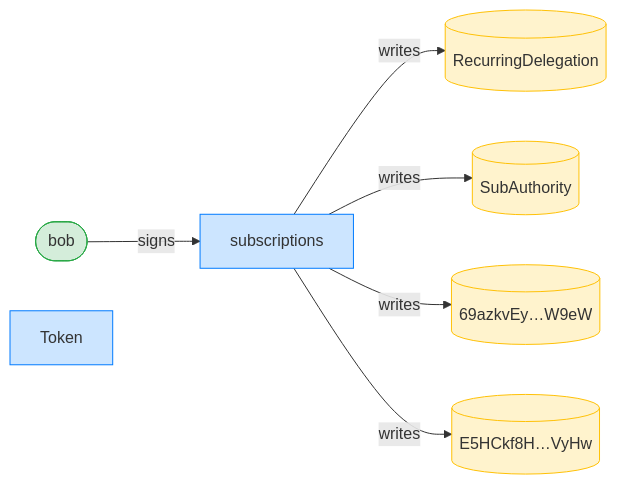
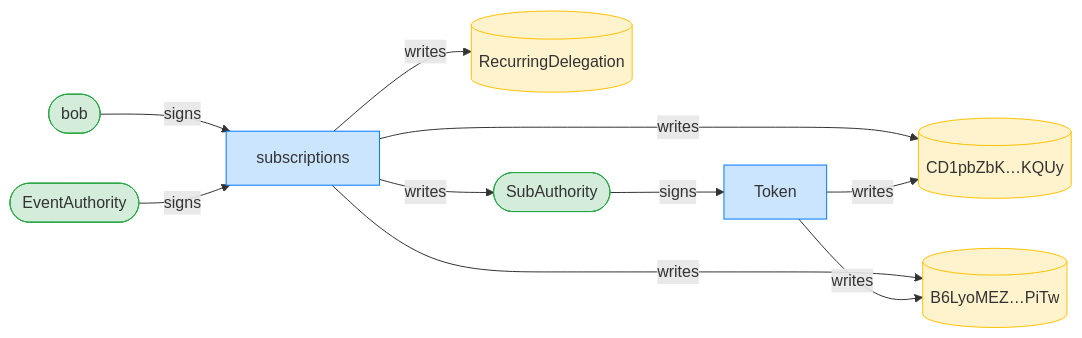
Before and after one commit to cds-rs/subscriptions: diagram 11 of 12 in dsl_tests/recurring-rollover-blocked-at-the-expiry-boundary.md, drawn with Mermaid. The commit also changed other lines of this file and 224 other files, not shown here.

````diff
--- a/dsl_tests/recurring-rollover-blocked-at-the-expiry-boundary.md
+++ b/dsl_tests/recurring-rollover-blocked-at-the-expiry-boundary.md
@@ -214,18 +223,23 @@
 ```mermaid
 flowchart LR
     classDef signer fill:#d4edda,stroke:#28a745;
     classDef program fill:#cce5ff,stroke:#007bff;
     classDef writable fill:#fff3cd,stroke:#ffc107;
     subscriptions[subscriptions]:::program
     RecurringDelegation[(RecurringDelegation)]:::writable
-    SubAuthority[(SubAuthority)]:::writable
-    69azkvEy_W9eW[("69azkvEy…W9eW")]:::writable
-    E5HCkf8H_VyHw[("E5HCkf8H…VyHw")]:::writable
+    SubAuthority([SubAuthority]):::signer
+    CD1pbZbK_KQUy[("CD1pbZbK…KQUy")]:::writable
+    B6LyoMEZ_PiTw[("B6LyoMEZ…PiTw")]:::writable
     bob([bob]):::signer
     Token[Token]:::program
+    EventAuthority([EventAuthority]):::signer
     bob -->|signs| subscriptions
+    SubAuthority -->|signs| Token
+    EventAuthority -->|signs| subscriptions
     subscriptions -->|writes| RecurringDelegation
     subscriptions -->|writes| SubAuthority
-    subscriptions -->|writes| 69azkvEy_W9eW
-    subscriptions -->|writes| E5HCkf8H_VyHw
+    subscriptions -->|writes| CD1pbZbK_KQUy
+    subscriptions -->|writes| B6LyoMEZ_PiTw
+    Token -->|writes| CD1pbZbK_KQUy
+    Token -->|writes| B6LyoMEZ_PiTw
 ```
````
